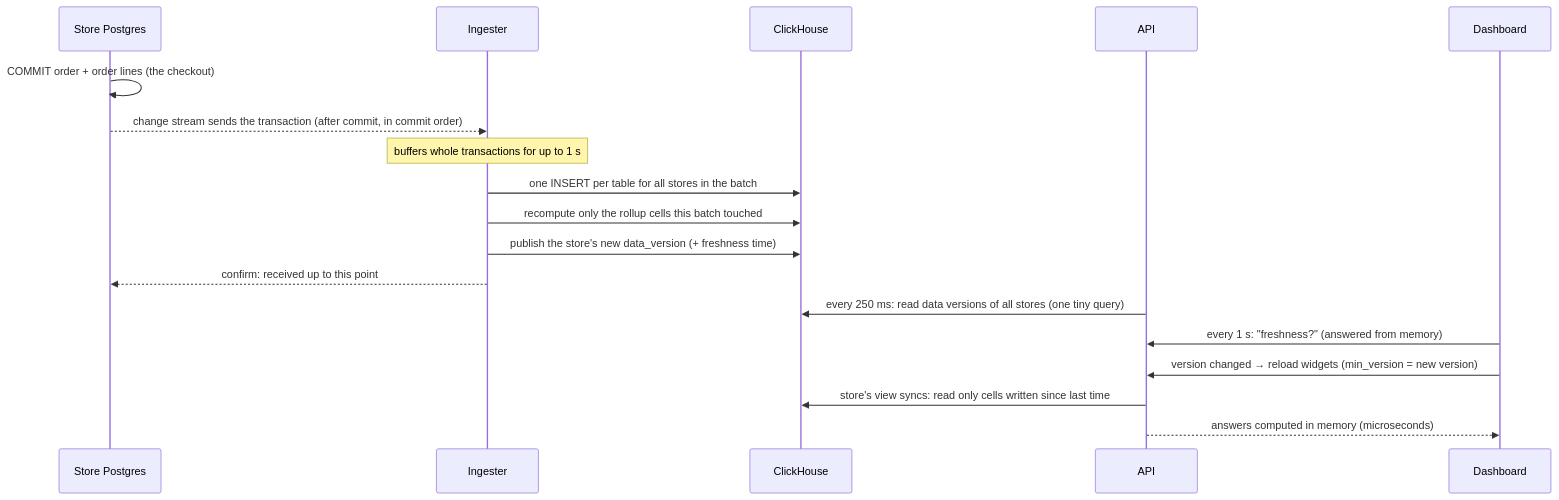
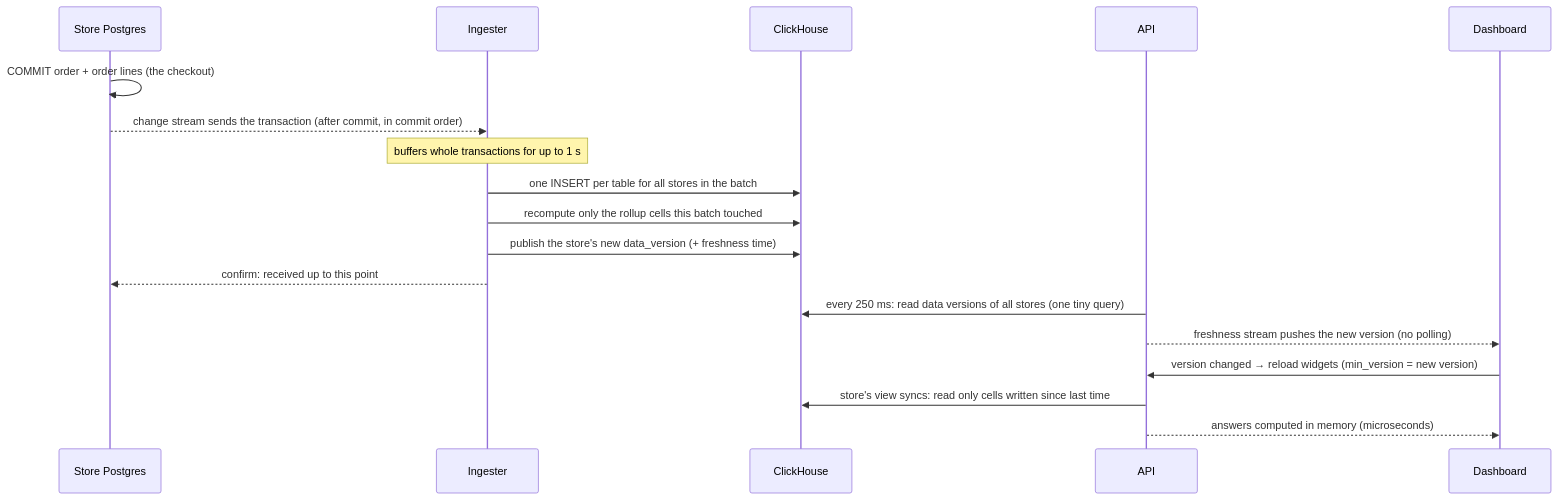
The second of 2 diagrams in docs/GUIDE.md (SANTHSIM22/CYBERFORGE_HACKATHON), drawn with Mermaid before and after one commit. The commit also changed other lines of this file and 20 other files, not shown here.

````diff
--- a/docs/GUIDE.md
+++ b/docs/GUIDE.md
@@ -132,20 +132,20 @@
 ```mermaid
 sequenceDiagram
     participant Store as Store Postgres
     participant Ing as Ingester
     participant CH as ClickHouse
     participant API as API
     participant Dash as Dashboard
     Store->>Store: COMMIT order + order lines (the checkout)
     Store-->>Ing: change stream sends the transaction (after commit, in commit order)
     Note over Ing: buffers whole transactions for up to 1 s
     Ing->>CH: one INSERT per table for all stores in the batch
     Ing->>CH: recompute only the rollup cells this batch touched
     Ing->>CH: publish the store's new data_version (+ freshness time)
     Ing-->>Store: confirm: received up to this point
     API->>CH: every 250 ms: read data versions of all stores (one tiny query)
-    Dash->>API: every 1 s: "freshness?" (answered from memory)
+    API-->>Dash: freshness stream pushes the new version (no polling)
     Dash->>API: version changed → reload widgets (min_version = new version)
     API->>CH: store's view syncs: read only cells written since last time
     API-->>Dash: answers computed in memory (microseconds)
 ```
````
